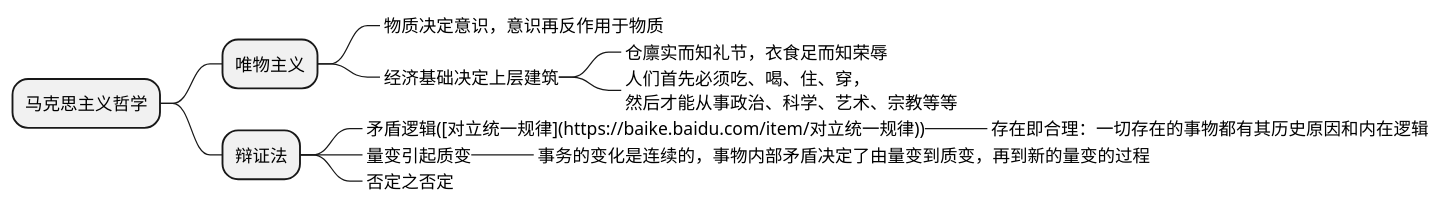
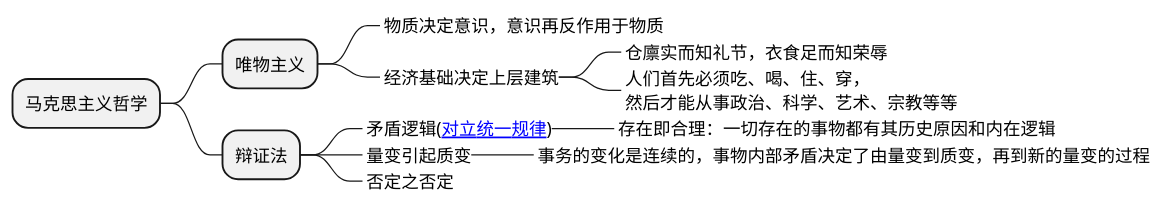
Before and after one commit to holmofy/blog.hufeifei.cn: the diagram in source/_posts/logic/dialectical_logic.md, drawn with PlantUML.

````diff
--- a/source/_posts/logic/dialectical_logic.md
+++ b/source/_posts/logic/dialectical_logic.md
@@ -16,16 +16,16 @@
 ```plantuml
 @startmindmap
 + 马克思主义哲学
 ++ 唯物主义
 +++_ 物质决定意识，意识再反作用于物质
 +++_ 经济基础决定上层建筑
 ++++_ 仓廪实而知礼节，衣食足而知荣辱
 ++++_ 人们首先必须吃、喝、住、穿，\n然后才能从事政治、科学、艺术、宗教等等
 ++ 辩证法
-+++_ 矛盾逻辑([对立统一规律](https://baike.baidu.com/item/对立统一规律))
++++_ 矛盾逻辑([[https://baike.baidu.com/item/对立统一规律 对立统一规律]])
 ++++_ 存在即合理：一切存在的事物都有其历史原因和内在逻辑
 +++_ 量变引起质变
 ++++_ 事务的变化是连续的，事物内部矛盾决定了由量变到质变，再到新的量变的过程
 +++_ 否定之否定
 @endmindmap
 ```
````
